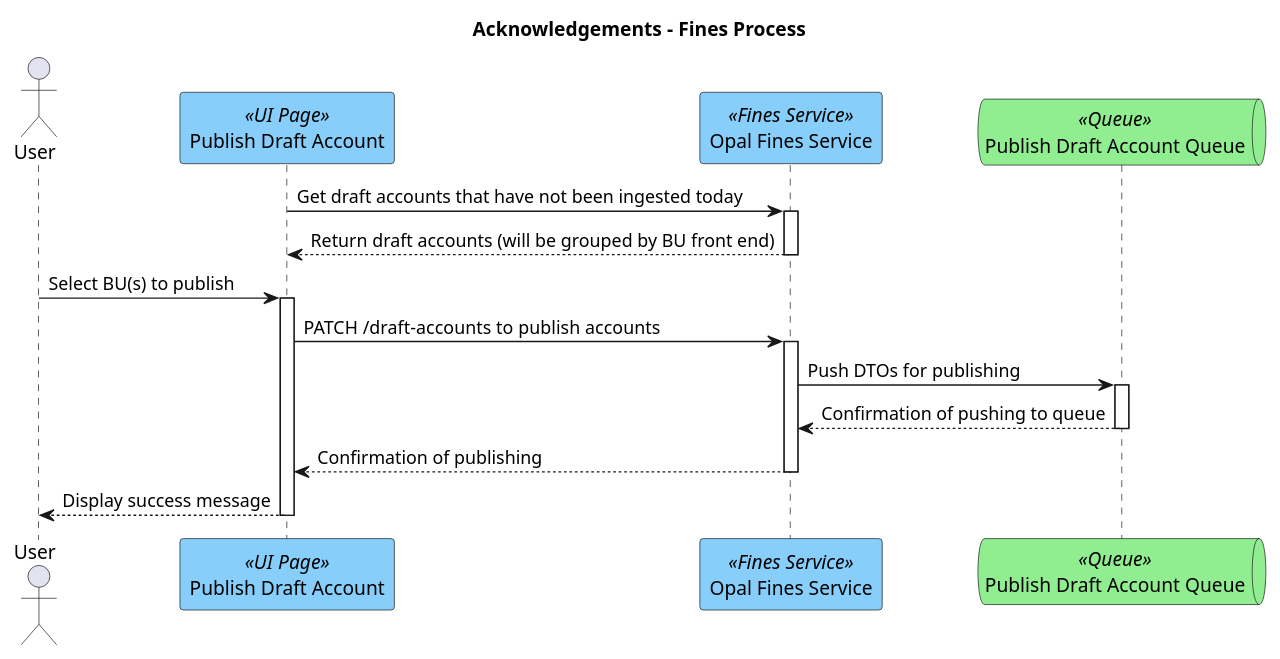
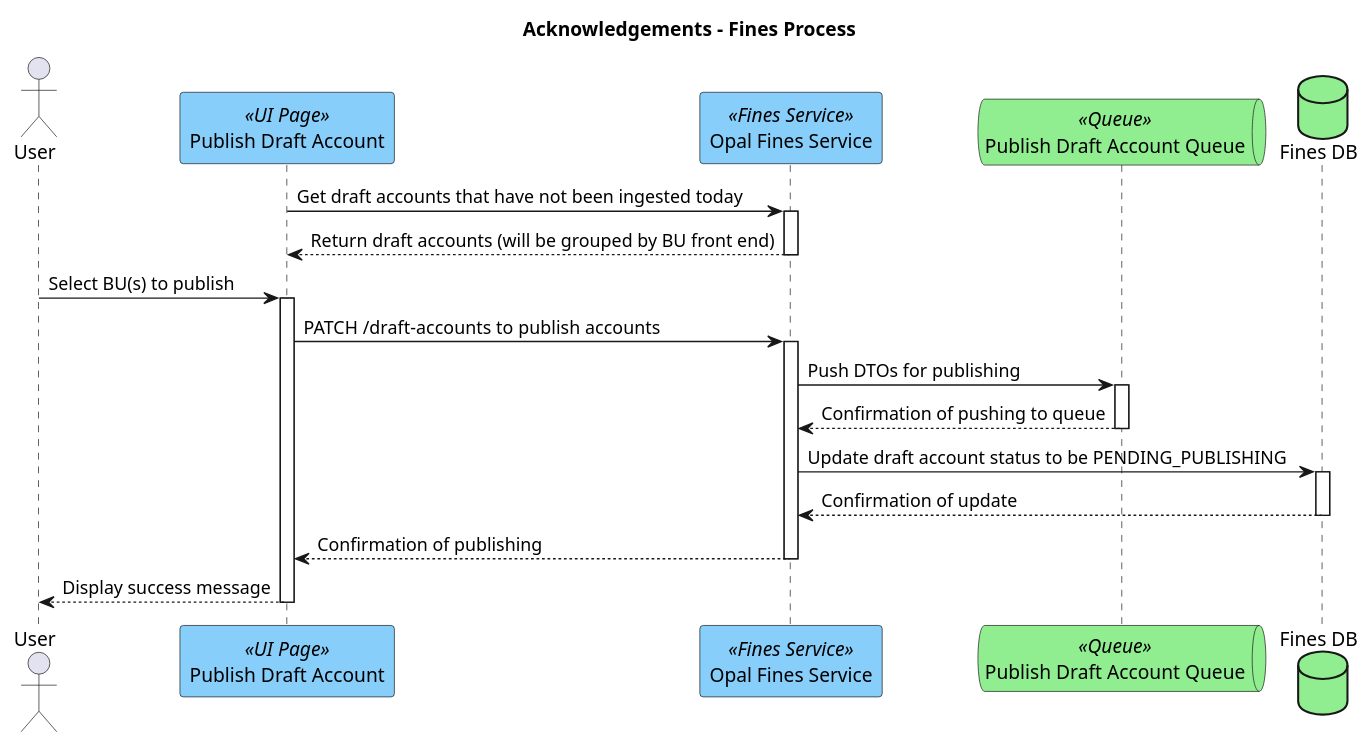
One commit to hmcts/opal-docs changed the diagram in plantUML/external-interfaces/acknowledgements-fines.puml. Above: the diagram before and after it, drawn with PlantUML.

Commit message:
Setting status to be PENDING_PUBLISHING for pushed items

```diff
--- a/plantUML/external-interfaces/acknowledgements-fines.puml
+++ b/plantUML/external-interfaces/acknowledgements-fines.puml
@@ -1,16 +1,19 @@
 @startuml
 title Acknowledgements - Fines Process
 actor "User" as user
 participant "Publish Draft Account" as publishDraftAccountsPage <<UI Page>> #lightskyblue
 participant "Opal Fines Service" as finesService <<Fines Service>> #LightSkyBlue
 queue "Publish Draft Account Queue" as publishDraftAccountQueue <<Queue>> #lightgreen
+database "Fines DB" as finesDb #lightgreen
 
 publishDraftAccountsPage -> finesService ++ : Get draft accounts that have not been ingested today
 finesService --> publishDraftAccountsPage -- : Return draft accounts (will be grouped by BU front end)
 user -> publishDraftAccountsPage ++ : Select BU(s) to publish
 publishDraftAccountsPage -> finesService ++ : PATCH /draft-accounts to publish accounts
 finesService -> publishDraftAccountQueue ++ : Push DTOs for publishing
 publishDraftAccountQueue --> finesService -- : Confirmation of pushing to queue
+finesService -> finesDb ++ : Update draft account status to be PENDING_PUBLISHING
+finesDb --> finesService -- : Confirmation of update
 finesService --> publishDraftAccountsPage -- : Confirmation of publishing
 publishDraftAccountsPage --> user -- : Display success message
 @enduml
```
